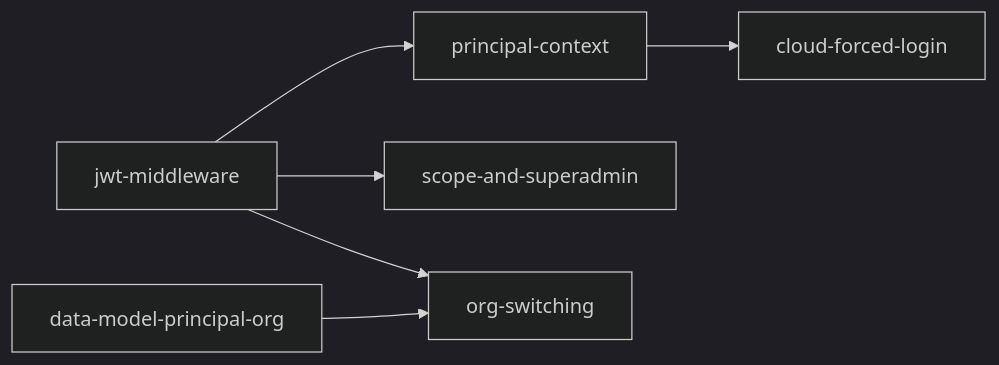
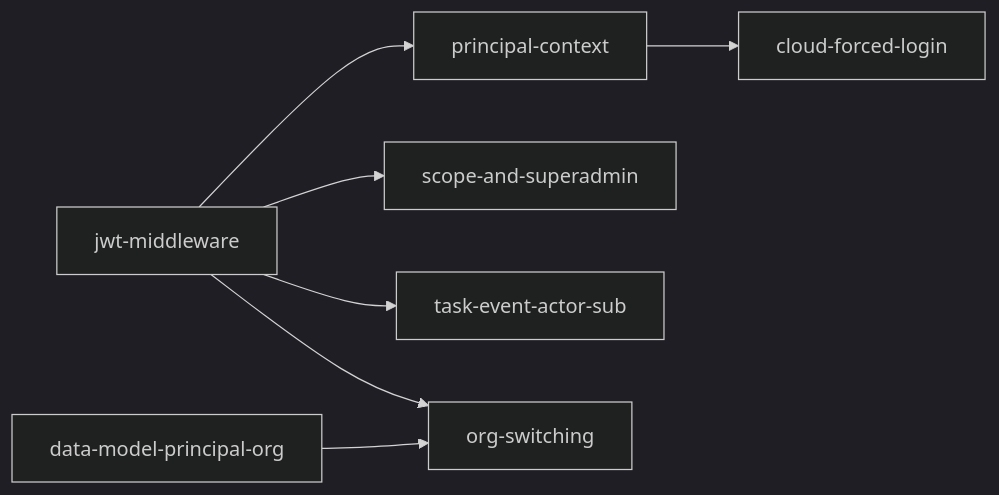
Before and after one commit to changkun/wallfacer: the diagram in specs/shared/authentication.md, drawn with Mermaid (dark theme). The commit also changed other lines of this file and 7 other files, not shown here.

````diff
--- a/specs/shared/authentication.md
+++ b/specs/shared/authentication.md
@@ -225,8 +226,9 @@
 ```mermaid
 graph LR
   J[jwt-middleware] --> P[principal-context]
   J --> SA[scope-and-superadmin]
+  J --> AS[task-event-actor-sub]
   P --> FL[cloud-forced-login]
   D[data-model-principal-org] --> OS[org-switching]
   J --> OS
 ```
````
